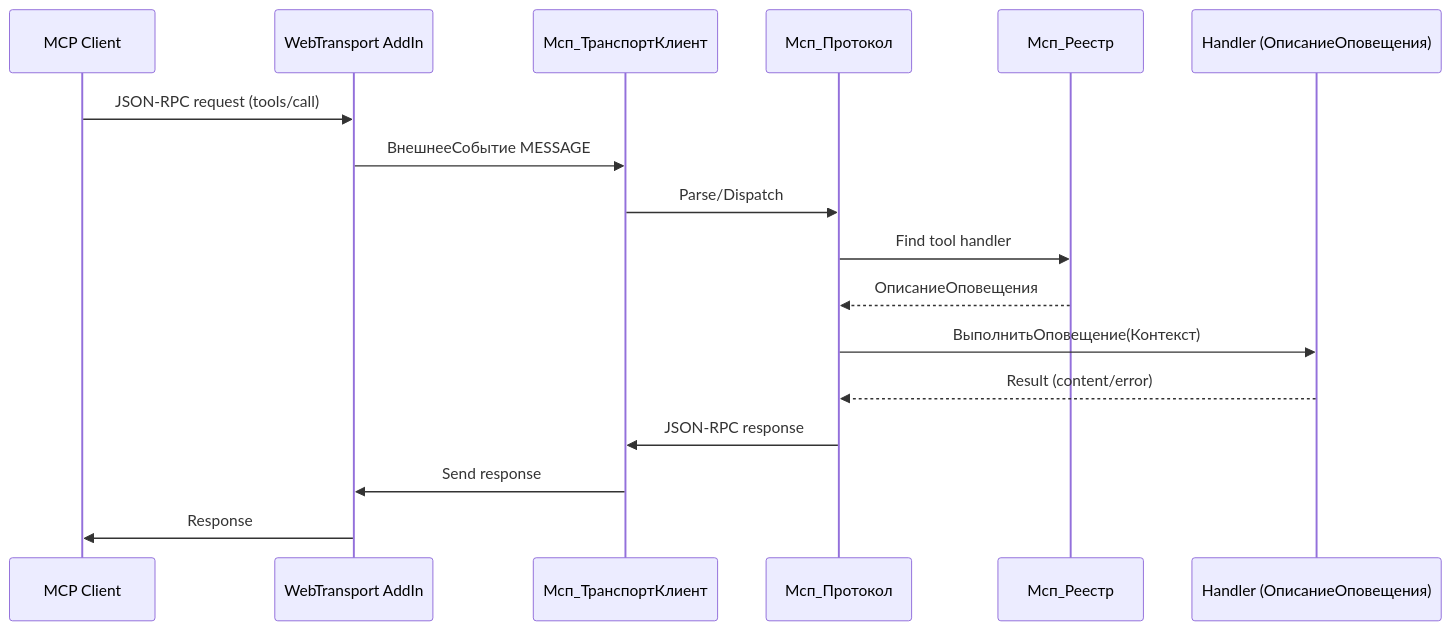
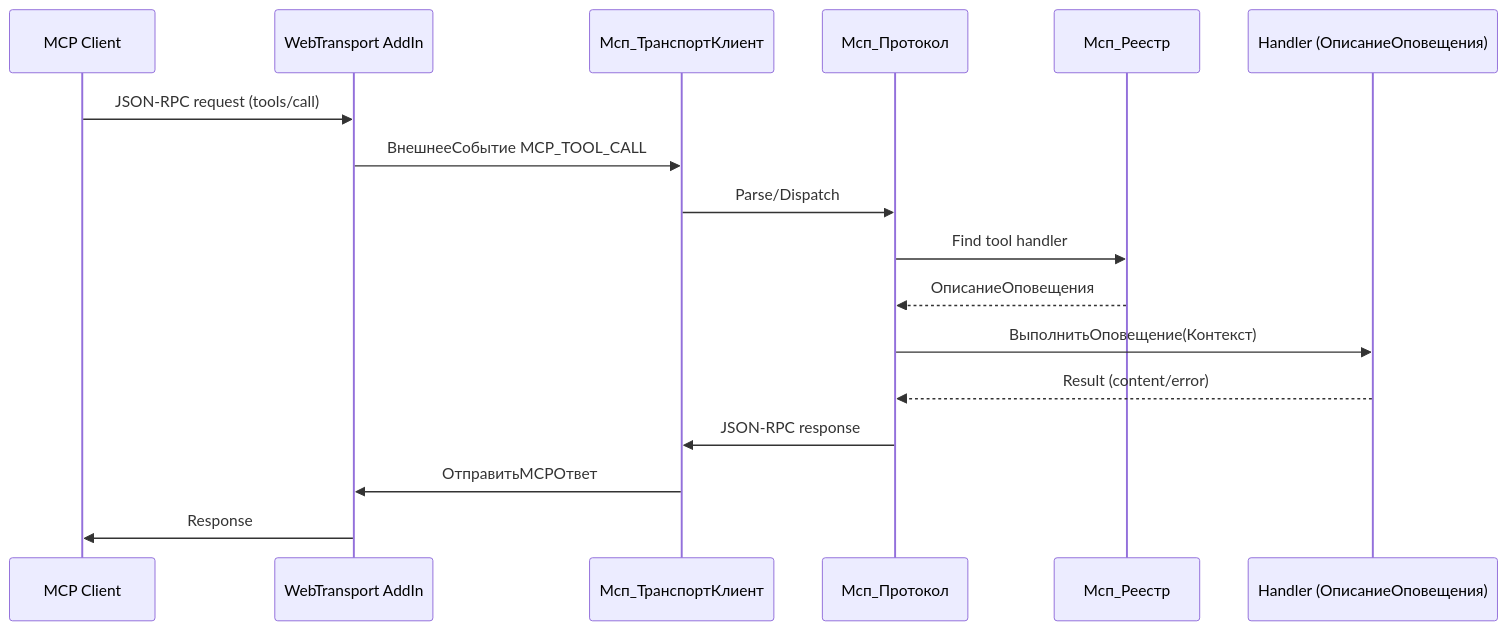
The third of 4 diagrams in ARCHITECTURE.md (SandersNeo/onec-client-mcp-devkit), drawn with Mermaid before and after one commit. The commit also changed other lines of this file and 1 other file, not shown here.

Commit message:
docs: update MCP transport docs

````diff
--- a/ARCHITECTURE.md
+++ b/ARCHITECTURE.md
@@ -35,20 +35,20 @@
 ```mermaid
 sequenceDiagram
   participant C as MCP Client
   participant T as WebTransport AddIn
   participant S as Мсп_ТранспортКлиент
   participant P as Мсп_Протокол
   participant R as Мсп_Реестр
   participant H as Handler (ОписаниеОповещения)
 
   C->>T: JSON-RPC request (tools/call)
-  T->>S: ВнешнееСобытие MESSAGE
+  T->>S: ВнешнееСобытие MCP_TOOL_CALL
   S->>P: Parse/Dispatch
   P->>R: Find tool handler
   R-->>P: ОписаниеОповещения
   P->>H: ВыполнитьОповещение(Контекст)
   H-->>P: Result (content/error)
   P->>S: JSON-RPC response
-  S->>T: Send response
+  S->>T: ОтправитьMCPОтвет
   T->>C: Response
 ```
````
